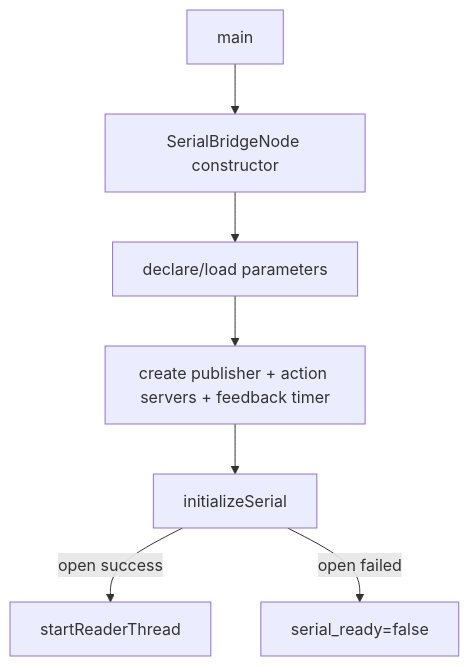
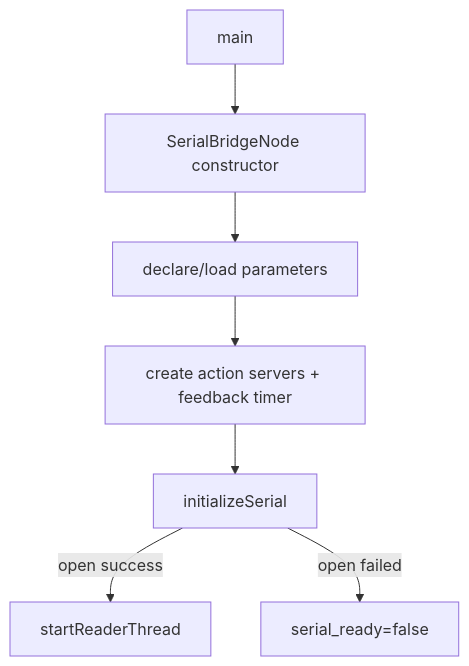
Before and after one commit to Phoenix-064/Dog: the second of 5 diagrams in docs/dog-serial-bridge-ai-reference.md, drawn with Mermaid. The commit also changed other lines of this file and 44 other files, not shown here.

````diff
--- a/docs/dog-serial-bridge-ai-reference.md
+++ b/docs/dog-serial-bridge-ai-reference.md
@@ -385,9 +372,9 @@
 ```mermaid
 flowchart TD
   A[main] --> B[SerialBridgeNode constructor]
   B --> C[declare/load parameters]
-  C --> D[create publisher + action servers + feedback timer]
+  C --> D[create action servers + feedback timer]
   D --> E[initializeSerial]
   E -->|open success| F[startReaderThread]
   E -->|open failed| G[serial_ready=false]
 ```
````
